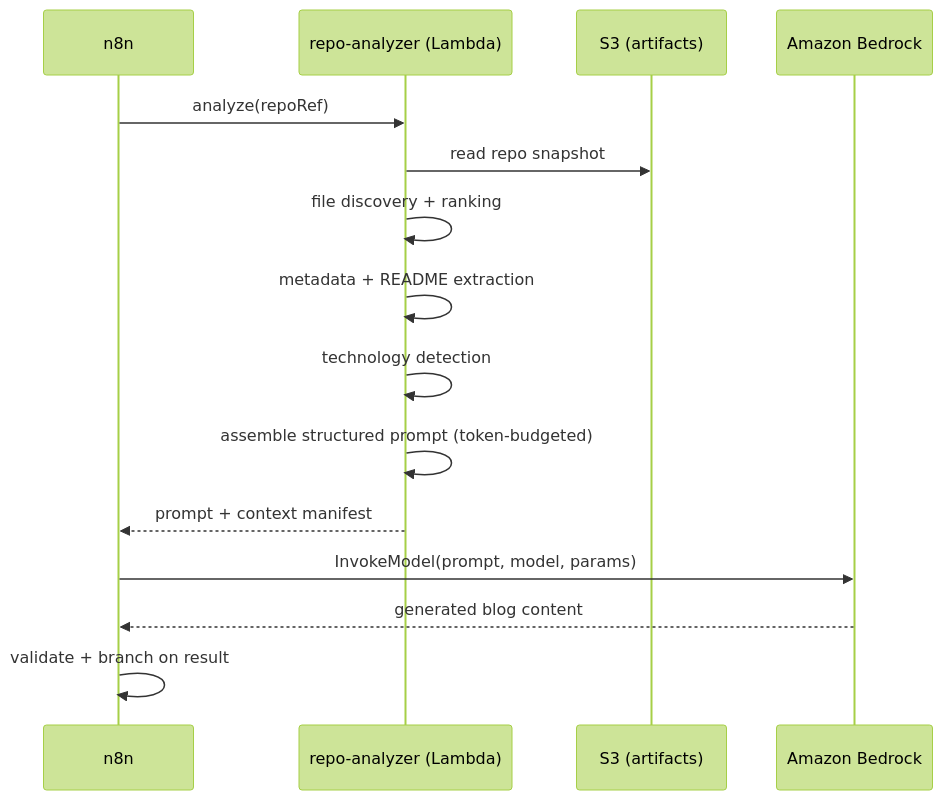
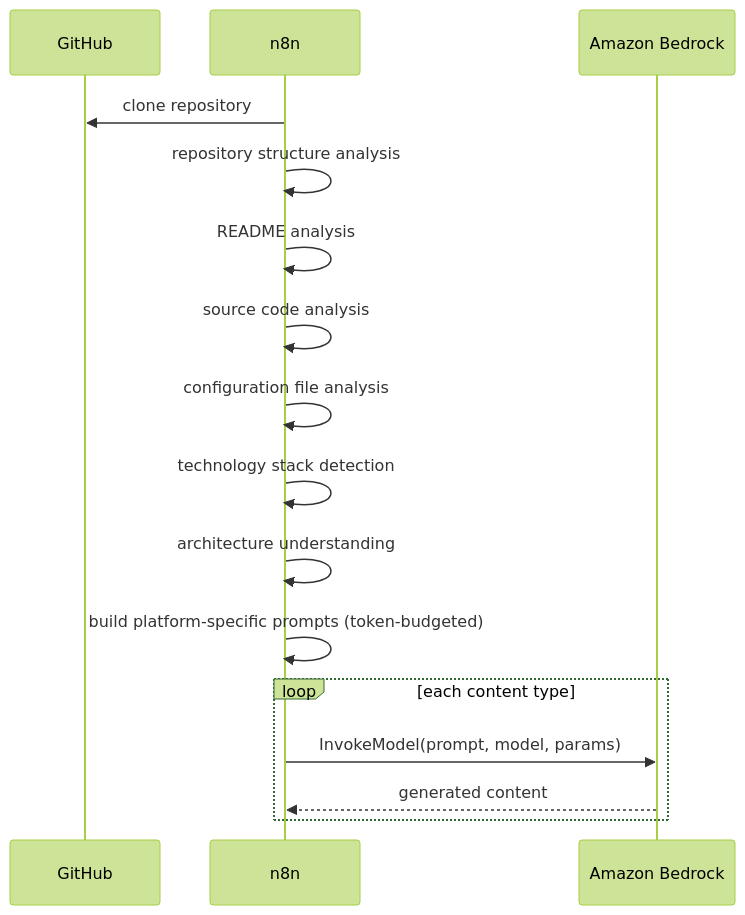
The third of 6 diagrams in docs/architecture.md (teddynted/ai-github-repository-blog-generator), drawn with Mermaid (forest theme) before and after one commit. The commit also changed other lines of this file and 10 other files, not shown here.

````diff
--- a/docs/architecture.md
+++ b/docs/architecture.md
@@ -110,18 +99,19 @@
 ```mermaid
 sequenceDiagram
+    participant GH as GitHub
     participant N as n8n
-    participant A as repo-analyzer (Lambda)
-    participant S as S3 (artifacts)
     participant B as Amazon Bedrock
 
-    N->>A: analyze(repoRef)
-    A->>S: read repo snapshot
-    A->>A: file discovery + ranking
-    A->>A: metadata + README extraction
-    A->>A: technology detection
-    A->>A: assemble structured prompt (token-budgeted)
-    A-->>N: prompt + context manifest
-    N->>B: InvokeModel(prompt, model, params)
-    B-->>N: generated blog content
-    N->>N: validate + branch on result
+    N->>GH: clone repository
+    N->>N: repository structure analysis
+    N->>N: README analysis
+    N->>N: source code analysis
+    N->>N: configuration file analysis
+    N->>N: technology stack detection
+    N->>N: architecture understanding
+    N->>N: build platform-specific prompts (token-budgeted)
+    loop each content type
+        N->>B: InvokeModel(prompt, model, params)
+        B-->>N: generated content
+    end
 ```
````
